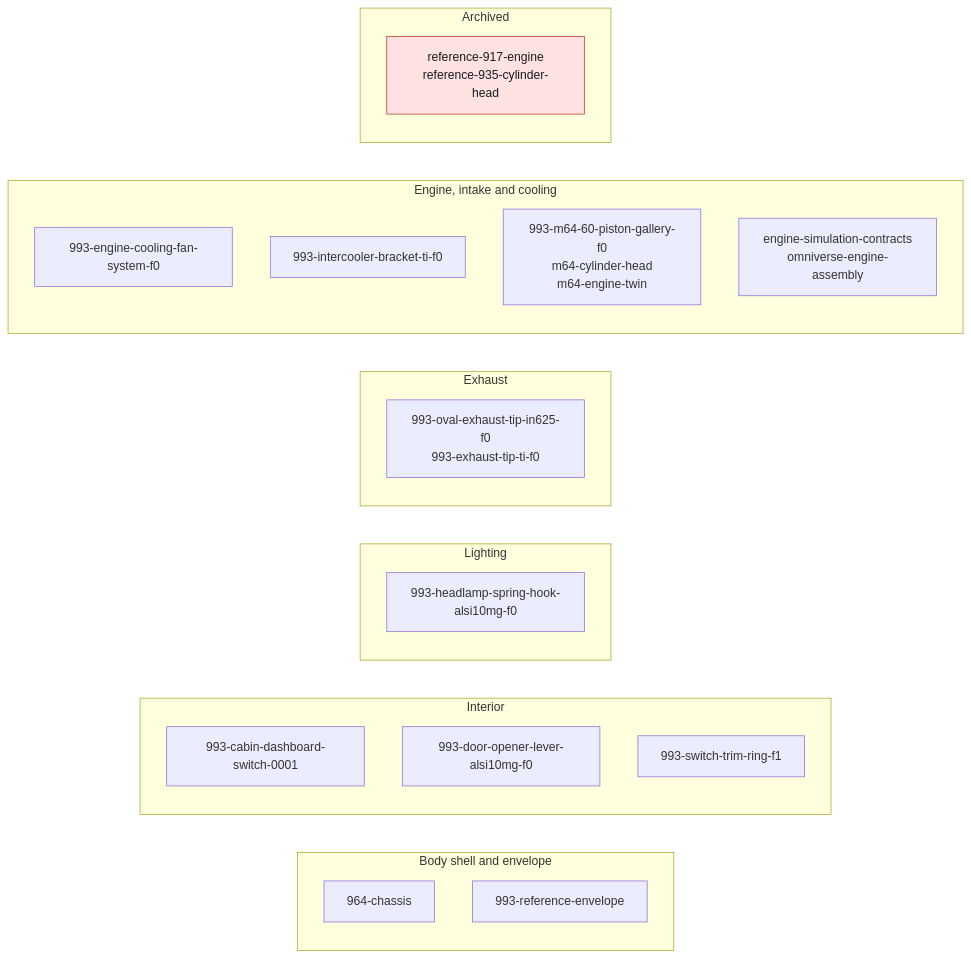
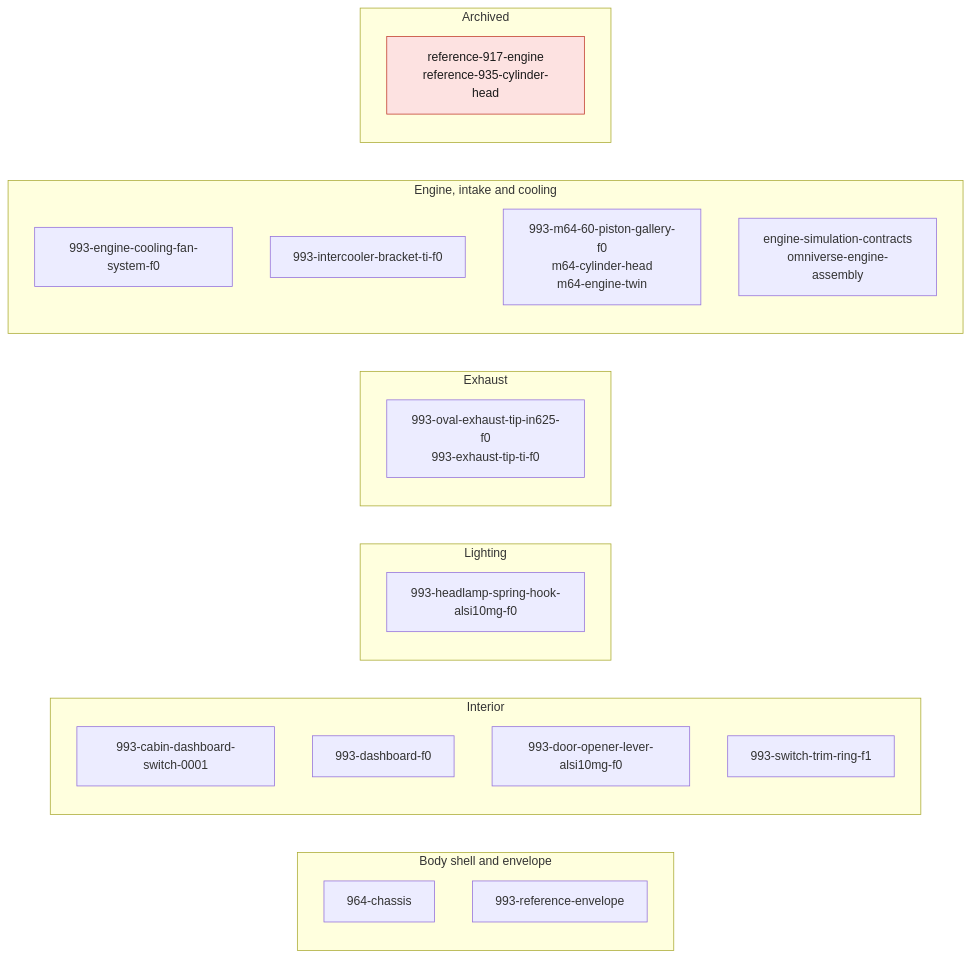
Before and after one commit to cluster2600/porscheparts: the diagram in twins/README.md, drawn with Mermaid. The commit also changed other lines of this file and 10 other files, not shown here.

````diff
--- a/twins/README.md
+++ b/twins/README.md
@@ -40,29 +41,30 @@
 ```mermaid
 flowchart LR
   subgraph BODY["Body shell and envelope"]
     C964["964-chassis"]
     ENV["993-reference-envelope"]
   end
   subgraph INT["Interior"]
     DASH["993-cabin-dashboard-switch-0001"]
+    FULLDASH["993-dashboard-f0"]
     DOOR["993-door-opener-lever-alsi10mg-f0"]
     RING["993-switch-trim-ring-f1"]
   end
   subgraph LIGHT["Lighting"]
     HOOK["993-headlamp-spring-hook-alsi10mg-f0"]
   end
   subgraph EXH["Exhaust"]
     TIP["993-oval-exhaust-tip-in625-f0<br/>993-exhaust-tip-ti-f0"]
   end
   subgraph ENG["Engine, intake and cooling"]
     FAN["993-engine-cooling-fan-system-f0"]
     IC["993-intercooler-bracket-ti-f0"]
     M64["993-m64-60-piston-gallery-f0<br/>m64-cylinder-head<br/>m64-engine-twin"]
     SIM["engine-simulation-contracts<br/>omniverse-engine-assembly"]
   end
   subgraph ARC["Archived"]
     REF["reference-917-engine<br/>reference-935-cylinder-head"]
   end
   classDef stop fill:#fde2e1,stroke:#c0392b,color:#1a1a1a;
   class REF stop;
 ```
````
